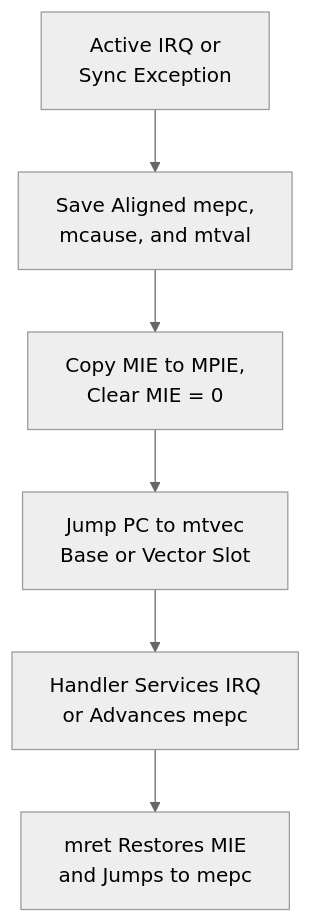
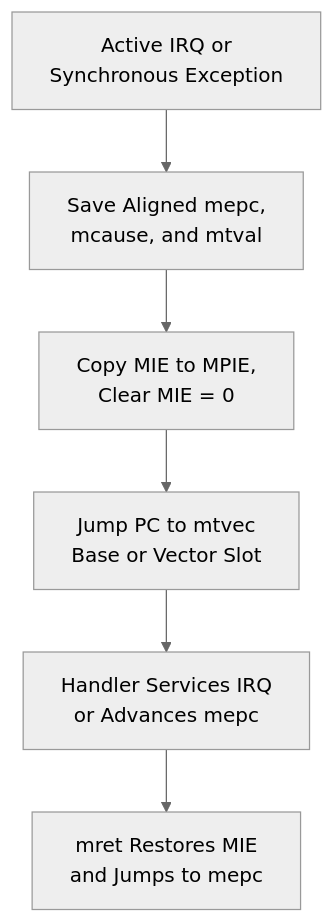
One commit to Ethanex8/apex changed the third of 3 diagrams in systems/brain/chapters/01_isa_and_binary_arithmetic.md. Above: the diagram before and after it, drawn with Mermaid (neutral theme). The commit also changed other lines of this file and 20 other files, not shown here.

````diff
--- a/systems/brain/chapters/01_isa_and_binary_arithmetic.md
+++ b/systems/brain/chapters/01_isa_and_binary_arithmetic.md
@@ -728,10 +709,10 @@
 ```mermaid
 flowchart TD
-    TRIG["Active IRQ or<br/>Sync Exception"]
+    TRIG["Active IRQ or<br/>Synchronous Exception"]
     SAVE["Save Aligned mepc,<br/>mcause, and mtval"]
     MASK["Copy MIE to MPIE,<br/>Clear MIE = 0"]
     VEC["Jump PC to mtvec<br/>Base or Vector Slot"]
     RUN["Handler Services IRQ<br/>or Advances mepc"]
     RET["mret Restores MIE<br/>and Jumps to mepc"]
     TRIG --> SAVE --> MASK --> VEC --> RUN --> RET
 ```
````
